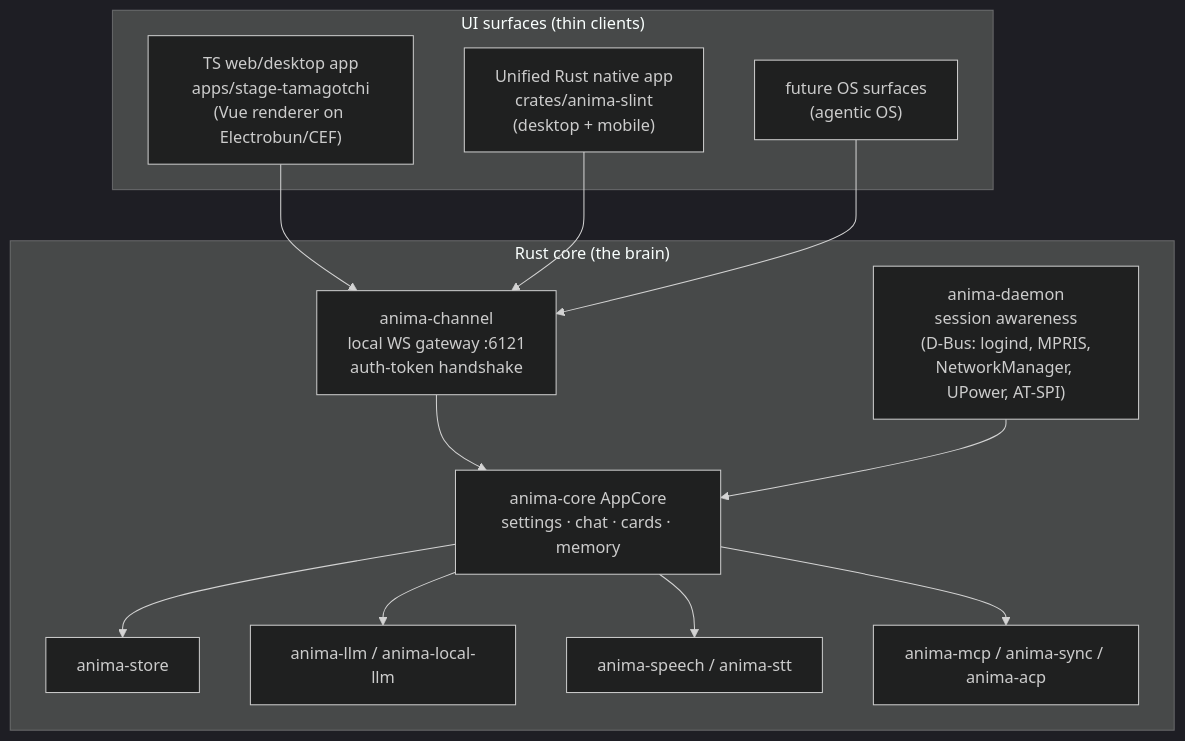
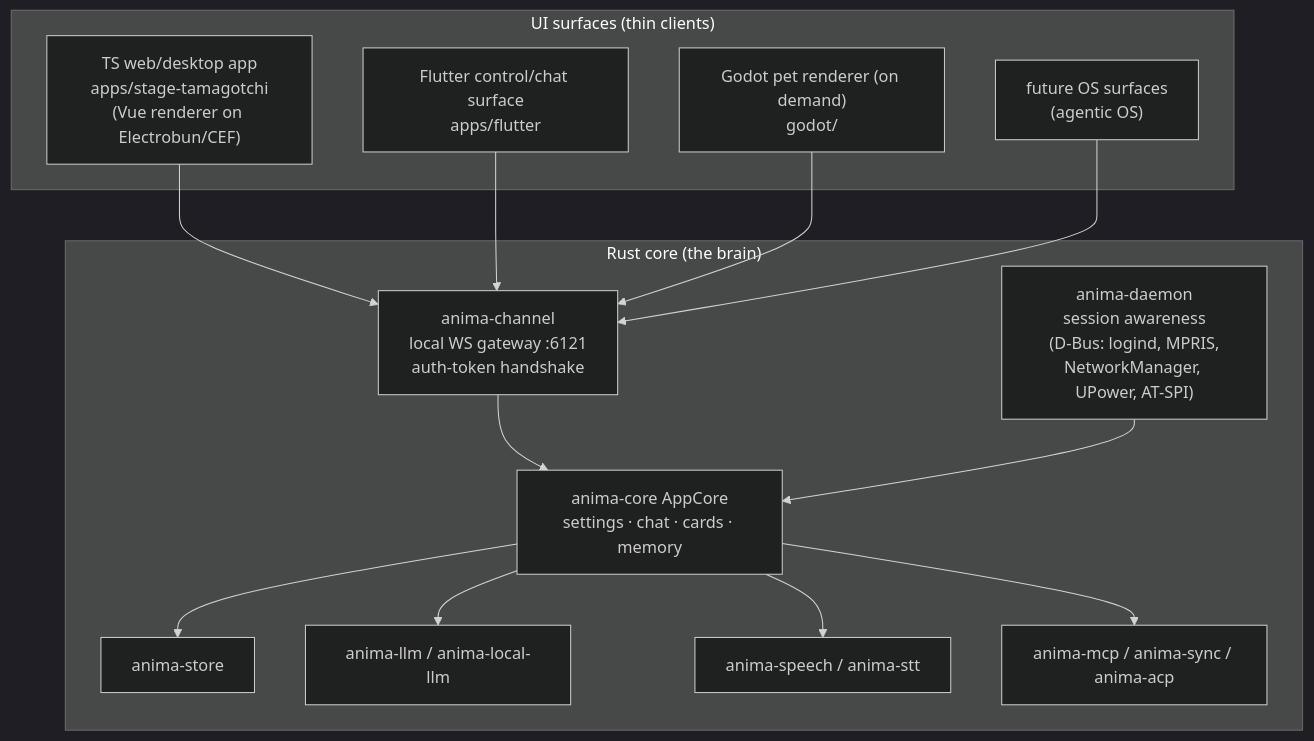
The diagram in docs/README.md (7n1m4/7n1m4), drawn with Mermaid (dark theme) before and after one commit. The commit also changed other lines of this file and 79 other files, not shown here.

````diff
--- a/docs/README.md
+++ b/docs/README.md
@@ -33,26 +33,28 @@
 ```mermaid
 graph TB
   subgraph surfaces["UI surfaces (thin clients)"]
     web["TS web/desktop app<br/>apps/stage-tamagotchi<br/>(Vue renderer on Electrobun/CEF)"]
-    slint["Unified Rust native app<br/>crates/anima-slint<br/>(desktop + mobile)"]
+    flutter["Flutter control/chat surface<br/>apps/flutter"]
+    godot["Godot pet renderer (on demand)<br/>godot/"]
     future["future OS surfaces<br/>(agentic OS)"]
   end
   subgraph core["Rust core (the brain)"]
     gw["anima-channel<br/>local WS gateway :6121<br/>auth-token handshake"]
     ac["anima-core AppCore<br/>settings · chat · cards · memory"]
     st["anima-store"]
     llm["anima-llm / anima-local-llm"]
     sp["anima-speech / anima-stt"]
     mcp["anima-mcp / anima-sync / anima-acp"]
     daemon["anima-daemon<br/>session awareness<br/>(D-Bus: logind, MPRIS,<br/>NetworkManager, UPower, AT-SPI)"]
   end
   web --> gw
-  slint --> gw
+  flutter --> gw
+  godot --> gw
   future --> gw
   gw --> ac
   ac --> st
   ac --> llm
   ac --> sp
   ac --> mcp
   daemon --> ac
 ```
````
